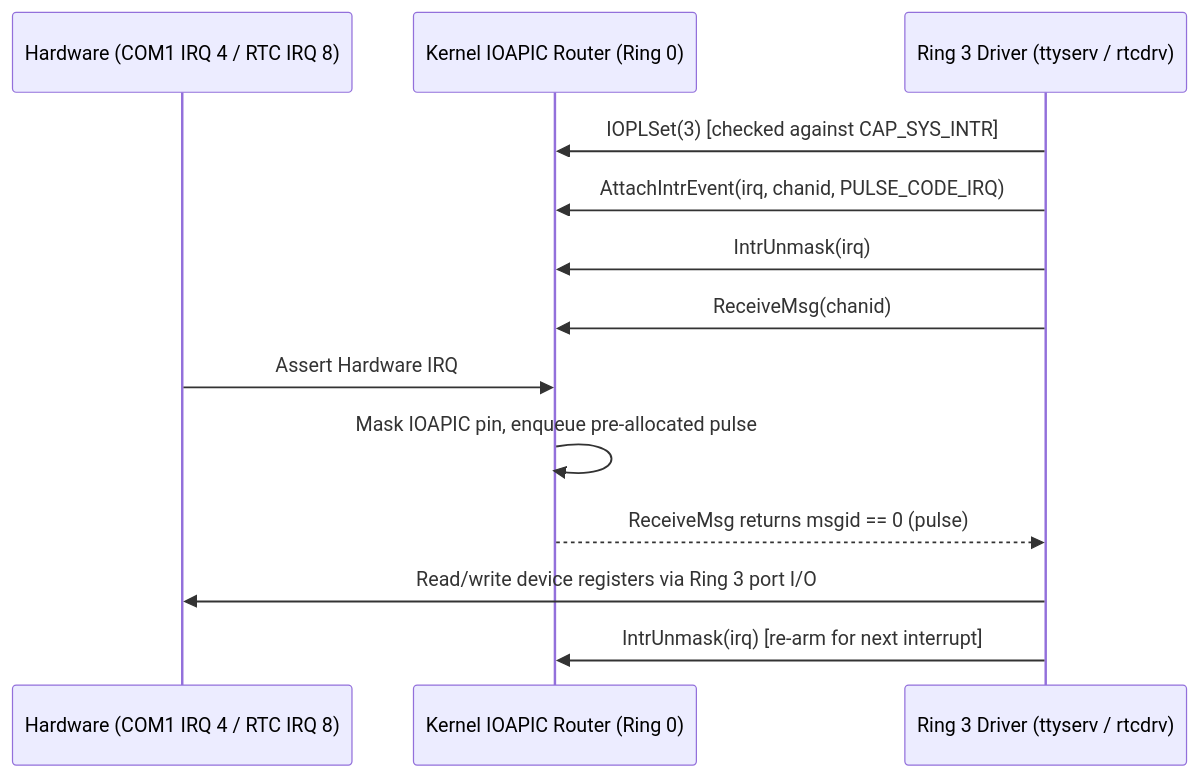
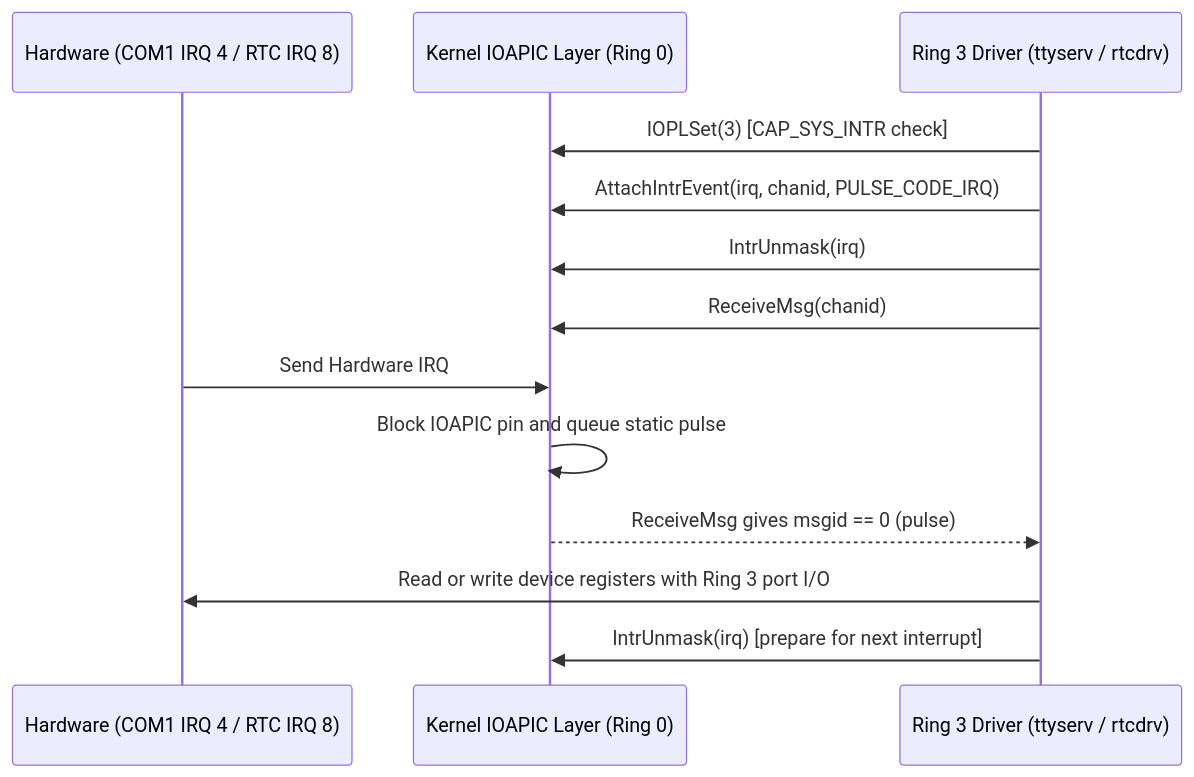
One commit to Deniz-Eren/microkernel changed the second of 3 diagrams in docs/30-architecture/ipc.md. Above: the diagram before and after it, drawn with Mermaid. The commit also changed other lines of this file and 151 other files, not shown here.

````diff
--- a/docs/30-architecture/ipc.md
+++ b/docs/30-architecture/ipc.md
@@ -58,17 +58,17 @@
 ```mermaid
 sequenceDiagram
     participant HW as Hardware (COM1 IRQ 4 / RTC IRQ 8)
-    participant K as Kernel IOAPIC Router (Ring 0)
+    participant K as Kernel IOAPIC Layer (Ring 0)
     participant Drv as Ring 3 Driver (ttyserv / rtcdrv)
 
-    Drv->>K: IOPLSet(3) [checked against CAP_SYS_INTR]
+    Drv->>K: IOPLSet(3) [CAP_SYS_INTR check]
     Drv->>K: AttachIntrEvent(irq, chanid, PULSE_CODE_IRQ)
     Drv->>K: IntrUnmask(irq)
     Drv->>K: ReceiveMsg(chanid)
 
-    HW->>K: Assert Hardware IRQ
-    K->>K: Mask IOAPIC pin, enqueue pre-allocated pulse
-    K-->>Drv: ReceiveMsg returns msgid == 0 (pulse)
-    Drv->>HW: Read/write device registers via Ring 3 port I/O
-    Drv->>K: IntrUnmask(irq) [re-arm for next interrupt]
+    HW->>K: Send Hardware IRQ
+    K->>K: Block IOAPIC pin and queue static pulse
+    K-->>Drv: ReceiveMsg gives msgid == 0 (pulse)
+    Drv->>HW: Read or write device registers with Ring 3 port I/O
+    Drv->>K: IntrUnmask(irq) [prepare for next interrupt]
 ```
````
